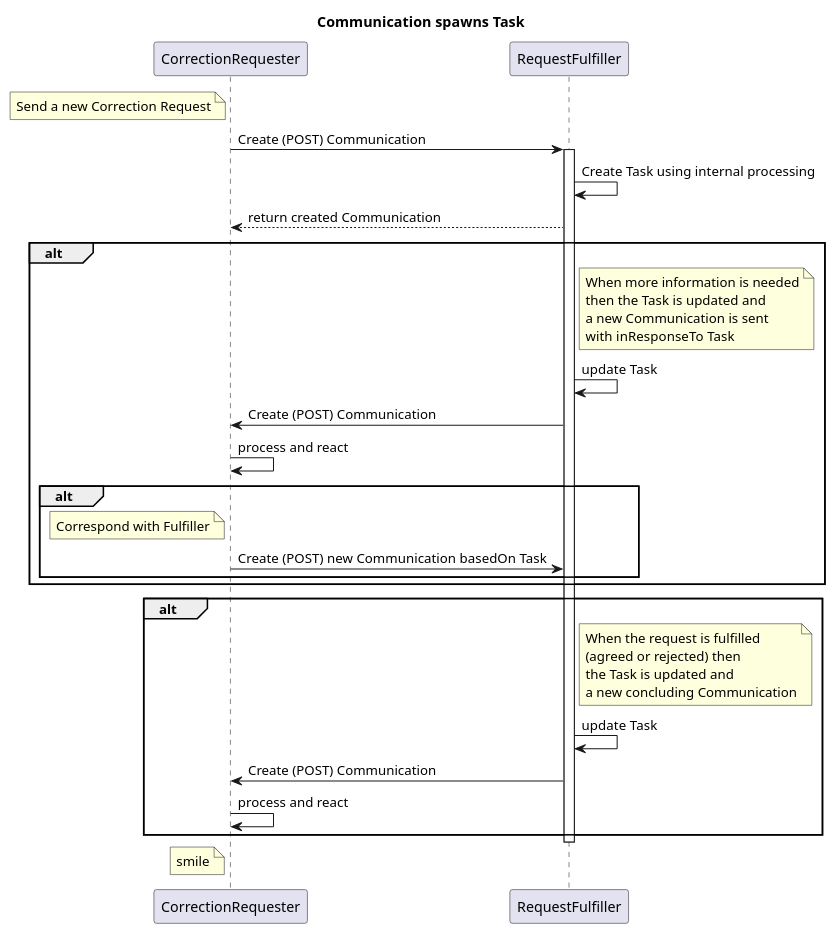
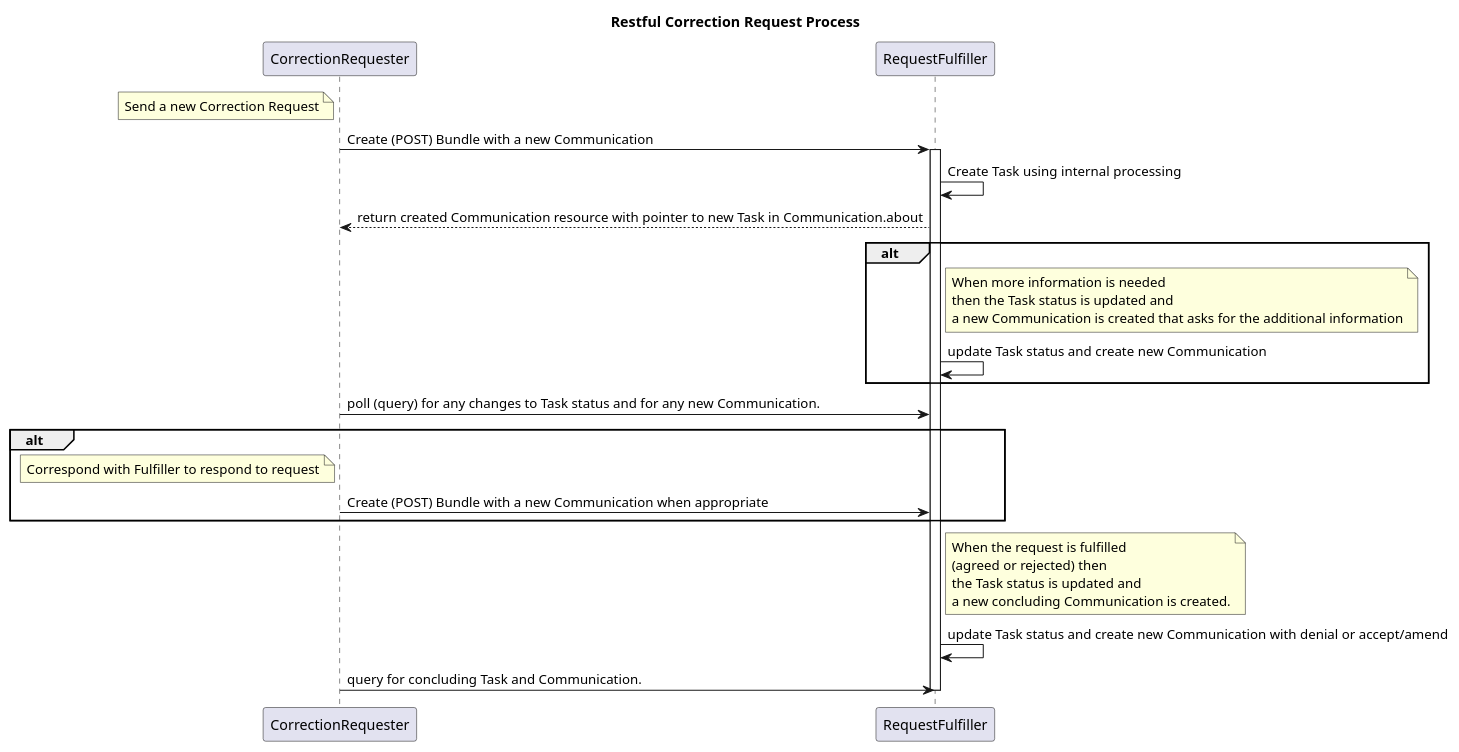
Before and after one commit to HL7/fhir-patient-correction: the diagram in input/images-source/task-comm-request.plantuml, drawn with PlantUML. The commit also changed 8 other files, not shown here.

```diff
--- a/input/images-source/task-comm-request.plantuml
+++ b/input/images-source/task-comm-request.plantuml
@@ -1,47 +1,38 @@
 @startuml
-title Communication spawns Task
+title Restful Correction Request Process
 
 note left of CorrectionRequester
 Send a new Correction Request
 end note
-CorrectionRequester->RequestFulfiller: Create (POST) Communication
+CorrectionRequester->RequestFulfiller: Create (POST) Bundle with a new Communication
 activate RequestFulfiller
 RequestFulfiller->RequestFulfiller: Create Task using internal processing
-RequestFulfiller-->CorrectionRequester: return created Communication
+RequestFulfiller-->CorrectionRequester: return created Communication resource with pointer to new Task in Communication.about
 
 alt
 note right of RequestFulfiller
 When more information is needed
-then the Task is updated and 
-a new Communication is sent
-with inResponseTo Task
+then the Task status is updated and 
+a new Communication is created that asks for the additional information
 end note
-RequestFulfiller->RequestFulfiller: update Task
-CorrectionRequester<-RequestFulfiller: Create (POST) Communication
-CorrectionRequester -> CorrectionRequester: process and react
-
+RequestFulfiller->RequestFulfiller: update Task status and create new Communication
+end
+CorrectionRequester -> RequestFulfiller: poll (query) for any changes to Task status and for any new Communication.
 alt
 note left of CorrectionRequester
-Correspond with Fulfiller
+Correspond with Fulfiller to respond to request
 end note
-CorrectionRequester->RequestFulfiller: Create (POST) new Communication basedOn Task
+CorrectionRequester->RequestFulfiller: Create (POST) Bundle with a new Communication when appropriate
 end
-end
-
-
-
-alt
 note right of RequestFulfiller
 When the request is fulfilled
 (agreed or rejected) then 
-the Task is updated and
-a new concluding Communication
+the Task status is updated and
+a new concluding Communication is created.
 end note
-RequestFulfiller->RequestFulfiller: update Task
-CorrectionRequester<-RequestFulfiller: Create (POST) Communication
-CorrectionRequester -> CorrectionRequester: process and react
-end
+RequestFulfiller->RequestFulfiller: update Task status and create new Communication with denial or accept/amend
+CorrectionRequester -> RequestFulfiller: query for concluding Task and Communication.
+
 
 Deactivate RequestFulfiller
-note left of CorrectionRequester: smile
 @enduml
```
